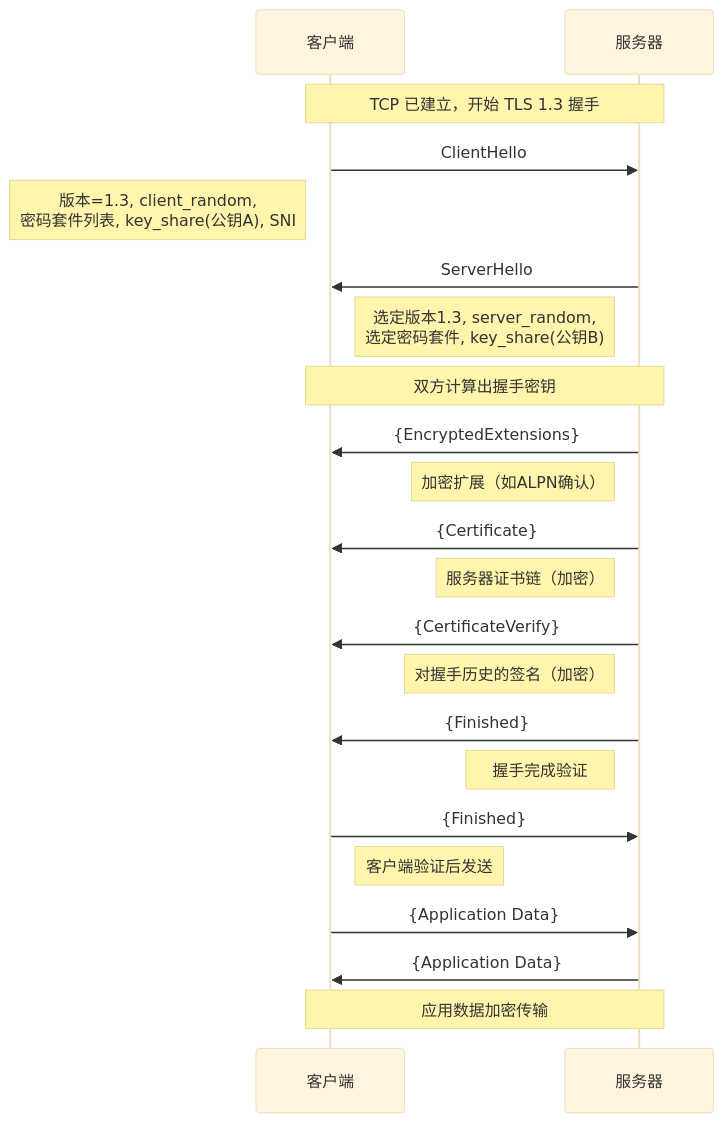
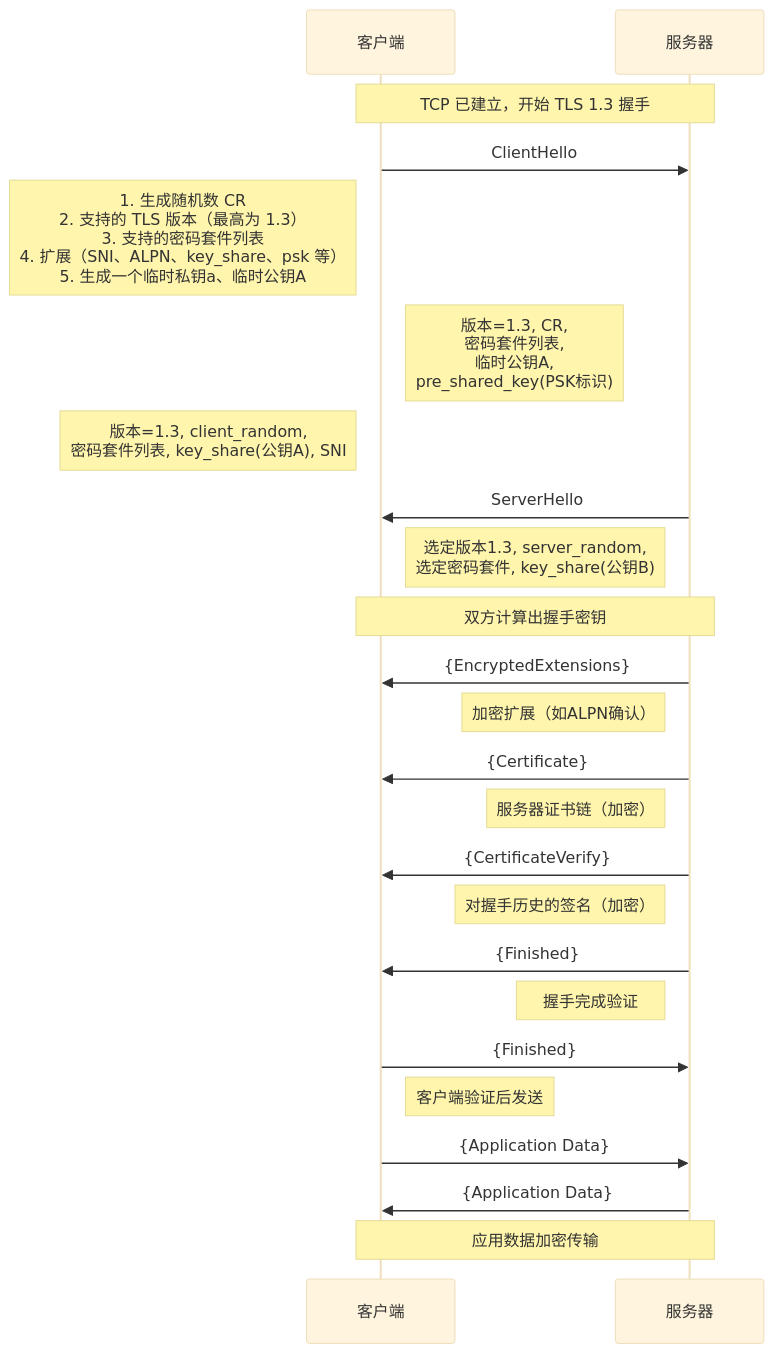
One commit to HY-10-8/iodraw-files changed the diagram in all/TLS-1.3-通用.md. Above: the diagram before and after it, drawn with Mermaid (base theme).

Commit message:
2026-03-30 17:57:30 update

````diff
--- a/all/TLS-1.3-通用.md
+++ b/all/TLS-1.3-通用.md
@@ -1,34 +1,36 @@
 ```mermaid
 sequenceDiagram
     participant C as 客户端
     participant S as 服务器
 
     Note over C,S: TCP 已建立，开始 TLS 1.3 握手
 
     C->>S: ClientHello
+    Note left of C: 1. 生成随机数 CR<br/> 2. 支持的 TLS 版本（最高为 1.3）<br/> 3. 支持的密码套件列表<br/> 4. 扩展（SNI、ALPN、key_share、psk 等）<br/> 5. 生成一个临时私钥a、临时公钥A
+    Note right of C: 版本=1.3, CR,<br/> 密码套件列表,<br/> 临时公钥A,<br/> pre_shared_key(PSK标识)
     Note left of C: 版本=1.3, client_random,<br/> 密码套件列表, key_share(公钥A), SNI
 
     S->>C: ServerHello
     Note left of S: 选定版本1.3, server_random,<br/> 选定密码套件, key_share(公钥B)
 
     Note over C,S: 双方计算出握手密钥
 
     S->>C: {EncryptedExtensions}
     Note left of S: 加密扩展（如ALPN确认）
 
     S->>C: {Certificate}
     Note left of S: 服务器证书链（加密）
 
     S->>C: {CertificateVerify}
     Note left of S: 对握手历史的签名（加密）
 
     S->>C: {Finished}
     Note left of S: 握手完成验证
 
     C->>S: {Finished}
     Note right of C: 客户端验证后发送
 
     C->>S: {Application Data}
     S->>C: {Application Data}
     Note over C,S: 应用数据加密传输
 ```
````
